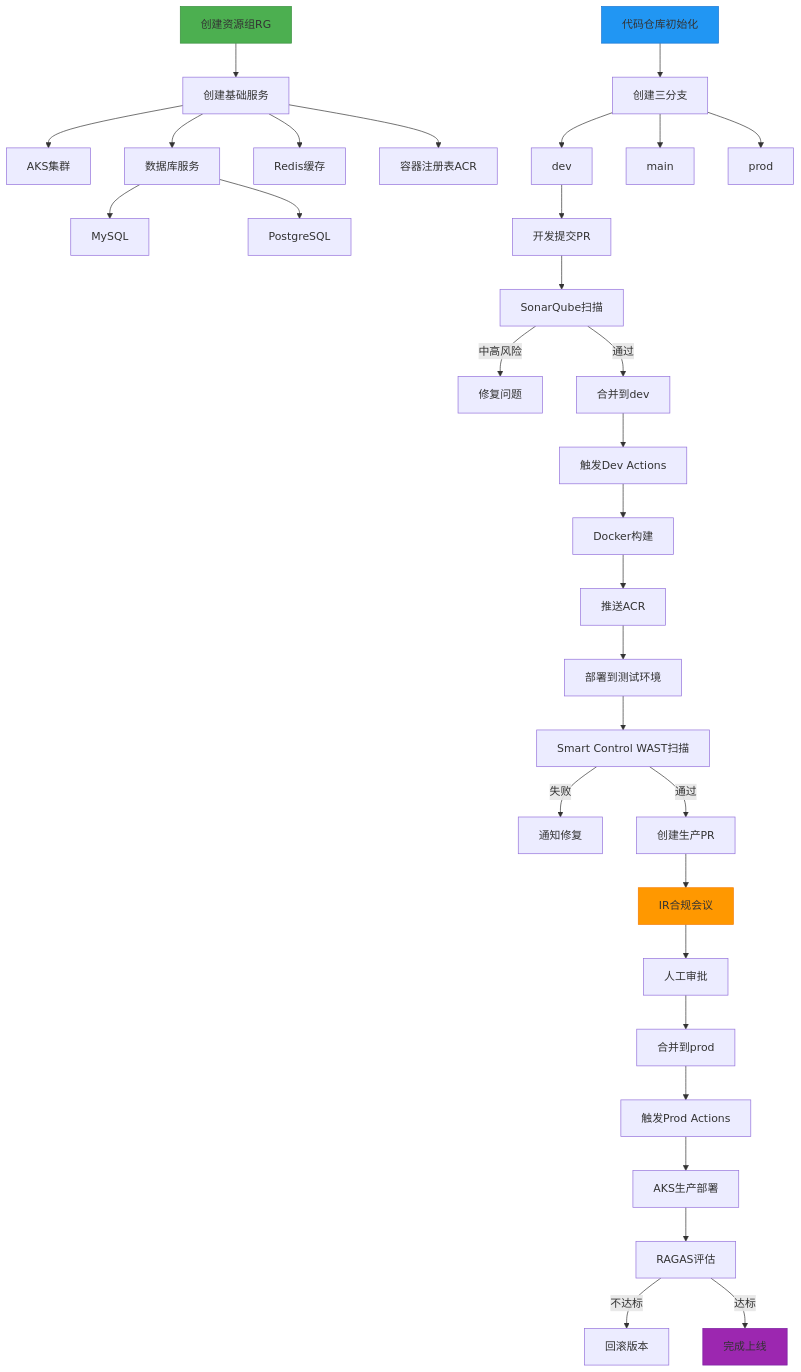
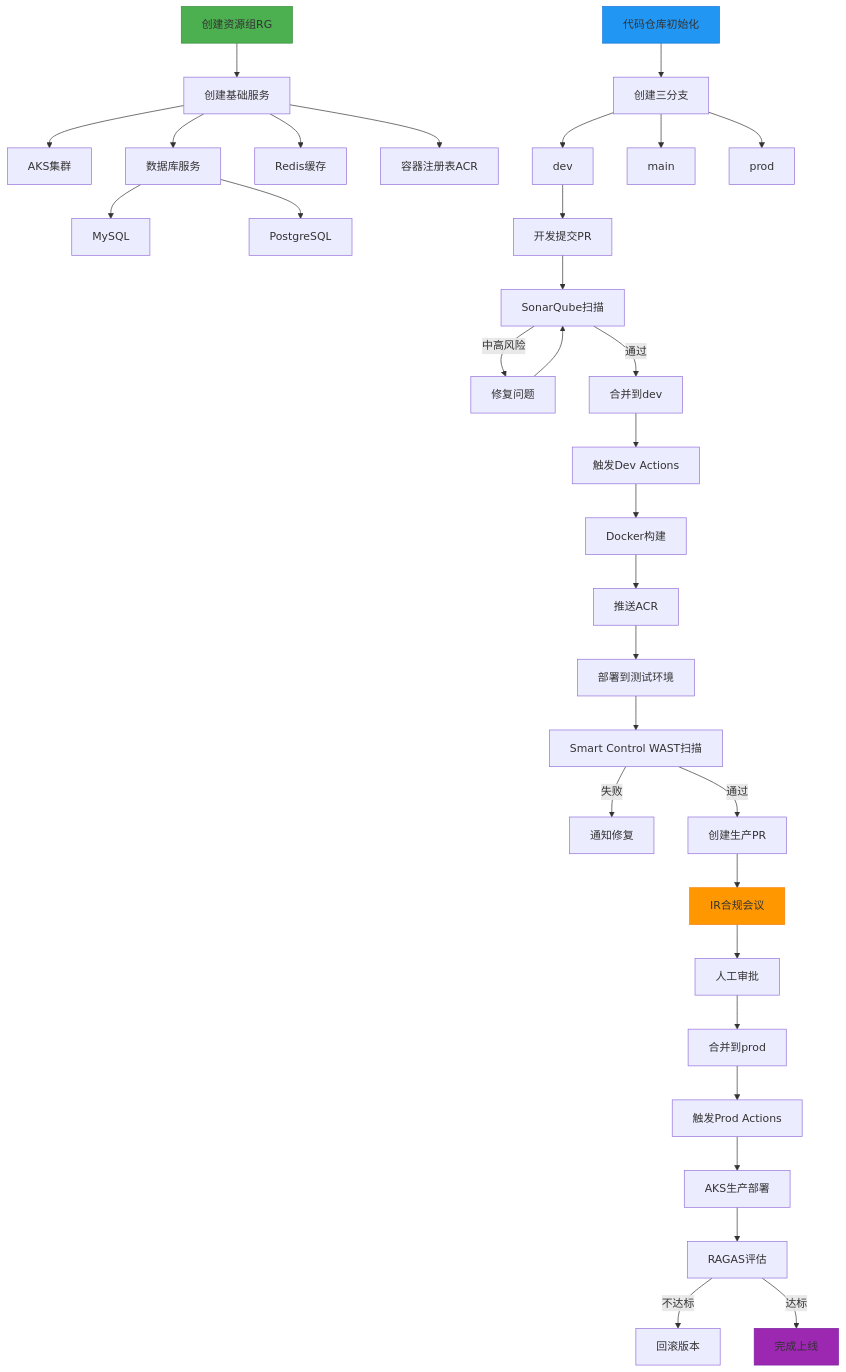
The diagram in all/未命名-1.md (funnyData/iodraw-files), drawn with Mermaid before and after one commit.

Commit message:
2025-02-27 01:20:21 update

````diff
--- a/all/未命名-1.md
+++ b/all/未命名-1.md
@@ -1,49 +1,50 @@
 ```mermaid
 graph TD
     A[创建资源组RG] --> B[创建基础服务]
     B --> C[AKS集群]
     B --> D[数据库服务]
     D --> DA[MySQL]
     D --> DB[PostgreSQL]
     B --> E[Redis缓存]
     B --> F[容器注册表ACR]
     
     G[代码仓库初始化] --> H[创建三分支]
     H --> I[dev]
     H --> J[main]
     H --> K[prod]
     
     I --> L[开发提交PR]
     L --> M[SonarQube扫描]
     M -->|中高风险| N[修复问题]
+    N --> 
     M -->|通过| O[合并到dev]
     
     O --> P[触发Dev Actions]
     P --> Q[Docker构建]
     Q --> R[推送ACR]
     R --> S[部署到测试环境]
     
     S --> T[Smart Control WAST扫描]
     T -->|失败| U[通知修复]
     
     T -->|通过| V[创建生产PR]
     
     V --> W[IR合规会议]
     W --> X[人工审批]
     X --> Y[合并到prod]
     
     Y --> Z[触发Prod Actions]
     Z --> AC[AKS生产部署]
     %% Z --> AA[安全扫描]
     %% AA -->|高风险| AB[终止部署]
     %% AA -->|通过| AC[AKS生产部署]
     
     AC --> AD[RAGAS评估]
     AD -->|不达标| AE[回滚版本]
     AD -->|达标| AF[完成上线]
     
     style A fill:#4CAF50,stroke:#388E3C
     style G fill:#2196F3,stroke:#1976D2
     style W fill:#FF9800,stroke:#F57C00
     style AF fill:#9C27B0,stroke:#7B1FA2
 ```
````
